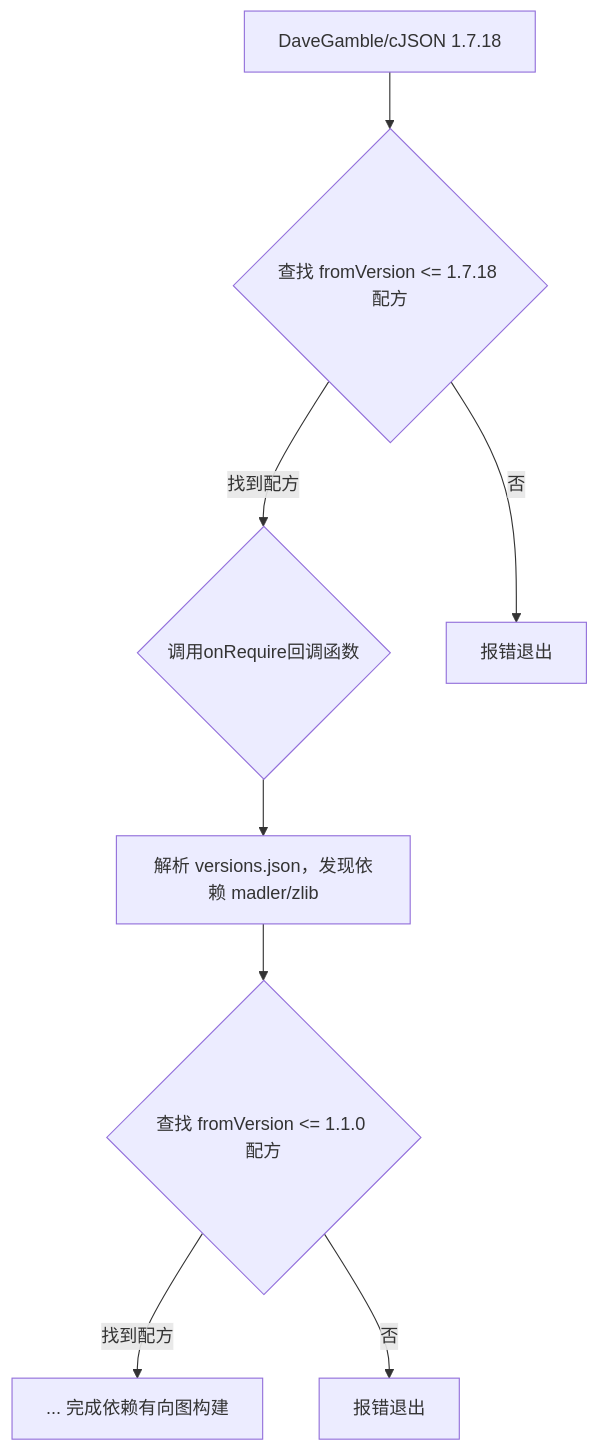
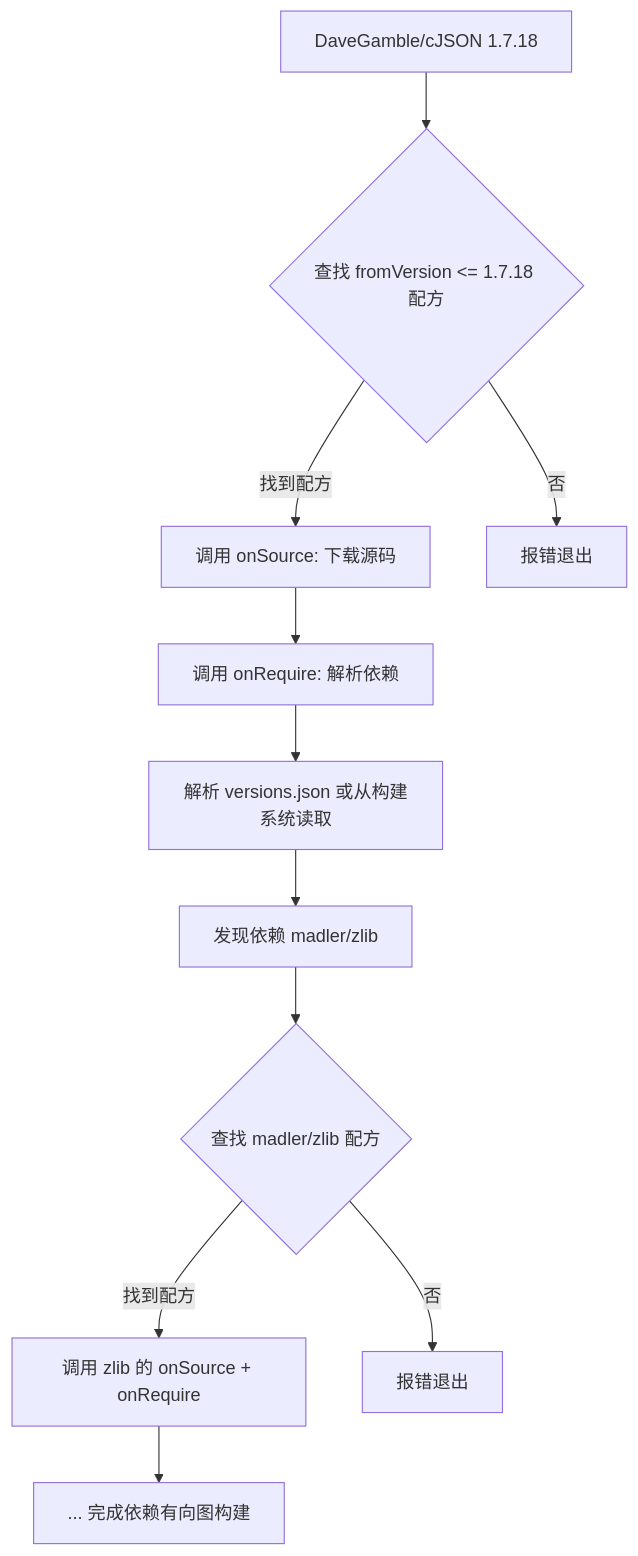
One commit to goplus/llar changed the fourth of 12 diagrams in docs/technical-design-complete.md. Above: the diagram before and after it, drawn with Mermaid. The commit also changed other lines of this file and 2 other files, not shown here.

````diff
--- a/docs/technical-design-complete.md
+++ b/docs/technical-design-complete.md
@@ -502,10 +607,13 @@
 ```mermaid
 graph TD
 A[DaveGamble/cJSON 1.7.18] --> B{查找 fromVersion <= 1.7.18 配方}
-B -- 找到配方 --> C{调用onRequire回调函数}
+B -- 找到配方 --> C[调用 onSource: 下载源码]
 B -- 否 --> D[报错退出]
-C --> E[解析 versions.json，发现依赖 madler/zlib ]
-E --> F{查找 fromVersion <= 1.1.0 配方}
-F -- 找到配方 --> G[... 完成依赖有向图构建]
-F -- 否 --> H[报错退出]
+C --> E[调用 onRequire: 解析依赖]
+E --> F[解析 versions.json 或从构建系统读取]
+F --> G[发现依赖 madler/zlib]
+G --> H{查找 madler/zlib 配方}
+H -- 找到配方 --> I[调用 zlib 的 onSource + onRequire]
+H -- 否 --> J[报错退出]
+I --> K[... 完成依赖有向图构建]
 ```
````
